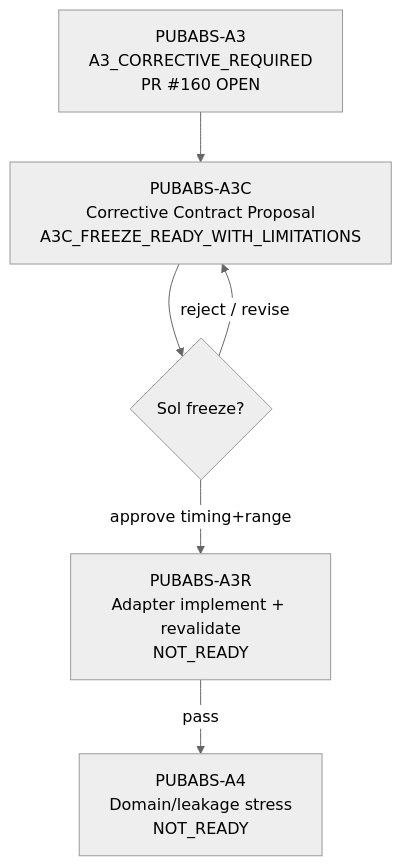
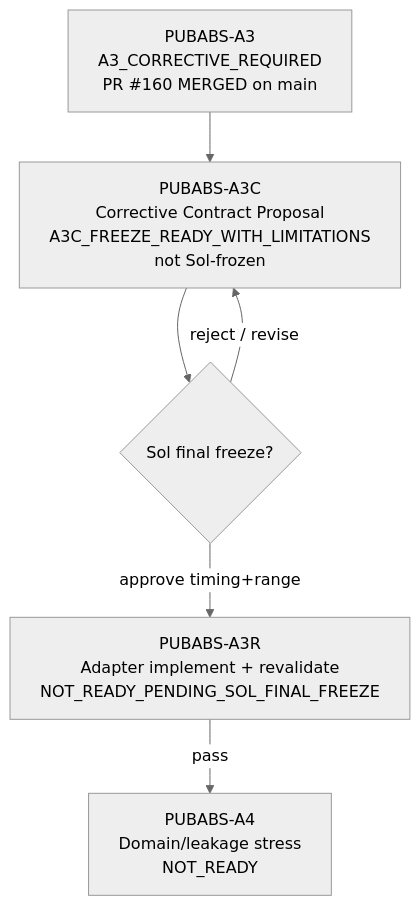
The diagram in docs/mmwave/20260826_SafeNest_mmWave_PUBABS_A3C_C1_Corrective_Contract_Proposal_01.md (sheepmeat/test), drawn with Mermaid (neutral theme) before and after one commit. The commit also changed other lines of this file and 4 other files, not shown here.

First line of the commit message:
mmwave: freeze single-valued PUBABS-A3C range and R1T contracts

````diff
--- a/docs/mmwave/20260826_SafeNest_mmWave_PUBABS_A3C_C1_Corrective_Contract_Proposal_01.md
+++ b/docs/mmwave/20260826_SafeNest_mmWave_PUBABS_A3C_C1_Corrective_Contract_Proposal_01.md
@@ -192,12 +297,12 @@
 ```mermaid
 flowchart TD
-  A3["PUBABS-A3<br/>A3_CORRECTIVE_REQUIRED<br/>PR #160 OPEN"]
-  A3C["PUBABS-A3C<br/>Corrective Contract Proposal<br/>A3C_FREEZE_READY_WITH_LIMITATIONS"]
-  SOL{"Sol freeze?"}
-  A3R["PUBABS-A3R<br/>Adapter implement + revalidate<br/>NOT_READY"]
+  A3["PUBABS-A3<br/>A3_CORRECTIVE_REQUIRED<br/>PR #160 MERGED on main"]
+  A3C["PUBABS-A3C<br/>Corrective Contract Proposal<br/>A3C_FREEZE_READY_WITH_LIMITATIONS<br/>not Sol-frozen"]
+  SOL{"Sol final freeze?"}
+  A3R["PUBABS-A3R<br/>Adapter implement + revalidate<br/>NOT_READY_PENDING_SOL_FINAL_FREEZE"]
   A4["PUBABS-A4<br/>Domain/leakage stress<br/>NOT_READY"]
   A3 --> A3C --> SOL
   SOL -->|approve timing+range| A3R
   A3R -->|pass| A4
   SOL -->|reject / revise| A3C
 ```
````
